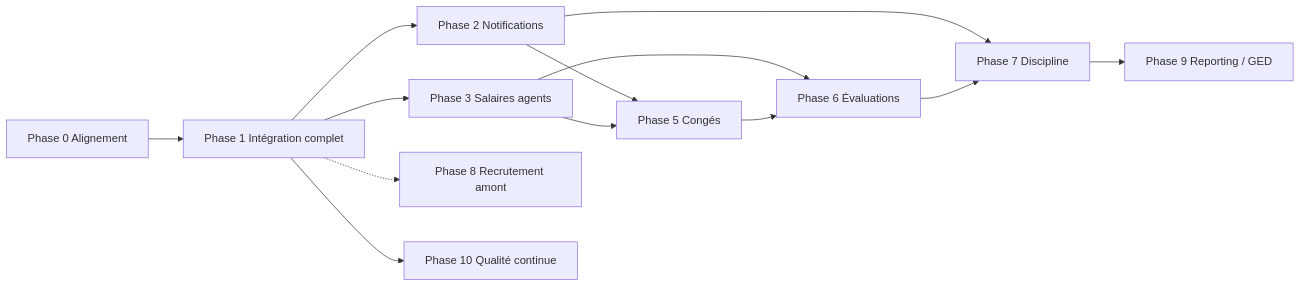
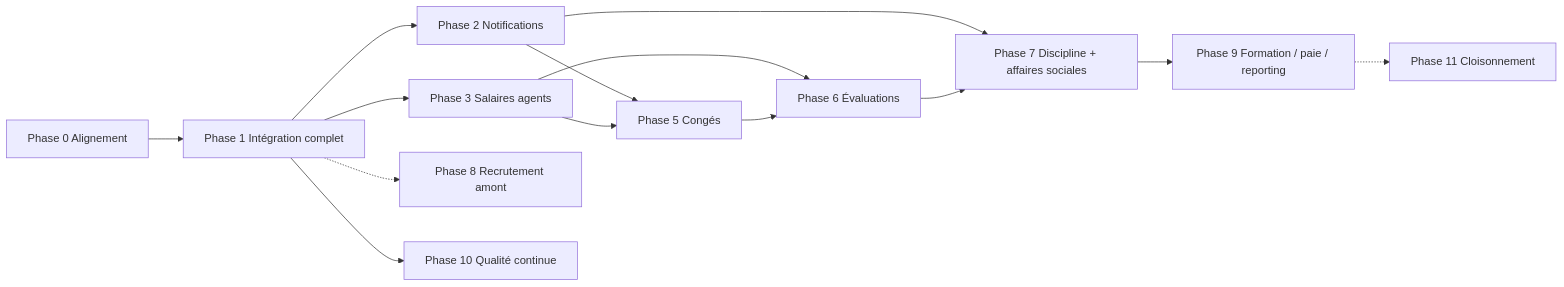
The diagram in doc/plan_complet.md (thierrylouppe/project-api-rh-artf), drawn with Mermaid before and after one commit. The commit also changed other lines of this file and 9 other files, not shown here.

````diff
--- a/doc/plan_complet.md
+++ b/doc/plan_complet.md
@@ -286,15 +306,16 @@
 ```mermaid
 flowchart LR
   P0[Phase 0 Alignement] --> P1[Phase 1 Intégration complet]
   P1 --> P2[Phase 2 Notifications]
   P1 --> P3[Phase 3 Salaires agents]
   P2 --> P5[Phase 5 Congés]
   P3 --> P5
   P3 --> P6[Phase 6 Évaluations]
   P5 --> P6
-  P2 --> P7[Phase 7 Discipline]
+  P2 --> P7[Phase 7 Discipline + affaires sociales]
   P6 --> P7
-  P7 --> P9[Phase 9 Reporting / GED]
+  P7 --> P9[Phase 9 Formation / paie / reporting]
+  P9 -.-> P11[Phase 11 Cloisonnement]
   P1 -.-> P8[Phase 8 Recrutement amont]
   P1 --> P10[Phase 10 Qualité continue]
 ```
````
